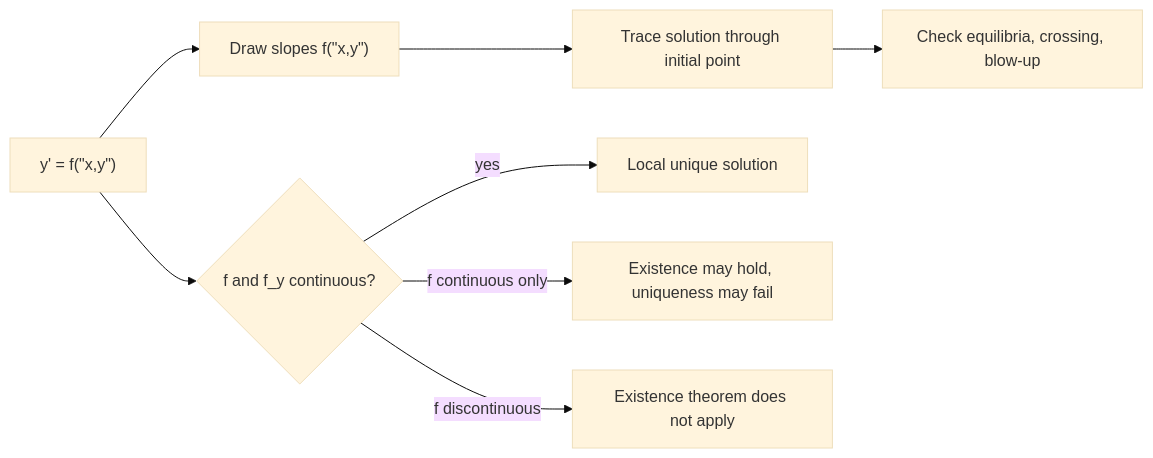
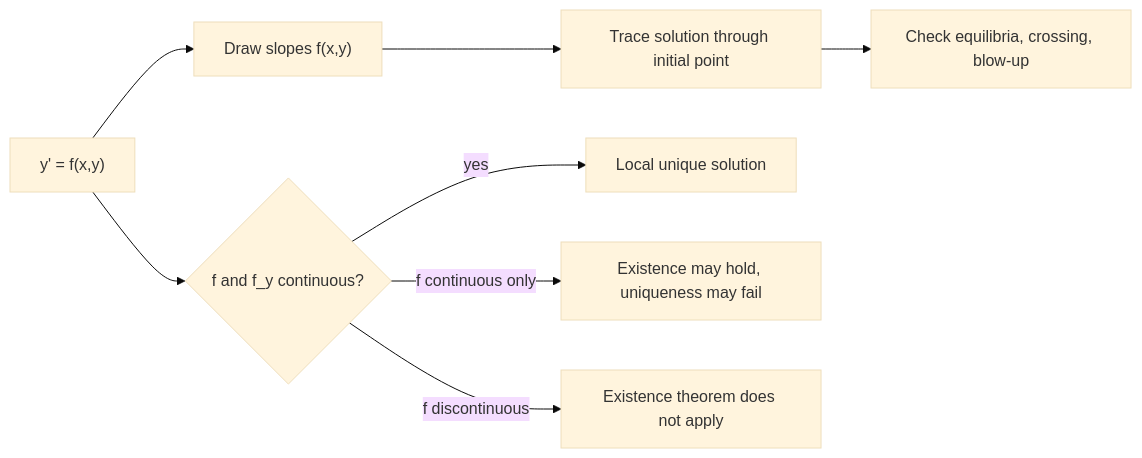
Before and after one commit to justinbrianhwang/SJ-wiki: the diagram in docs/math/engineering-math/direction-fields-and-existence.md, drawn with Mermaid (base theme). The commit also changed 83 other files, not shown here.

Commit message:
Fix Mermaid #quot; artifacts from broken sanitizer + add fix-mermaid-broken-quot.py tool (77 files repaired)

````diff
--- a/docs/math/engineering-math/direction-fields-and-existence.md
+++ b/docs/math/engineering-math/direction-fields-and-existence.md
@@ -79,10 +79,10 @@
 ```mermaid
 flowchart LR
-  A["y' = f(#quot;x,y#quot;)"] --> B["Draw slopes f(#quot;x,y#quot;)"]
+  A["y' = f(x,y)"] --> B["Draw slopes f(x,y)"]
   B --> C[Trace solution through initial point]
   A --> D{"f and f_y continuous?"}
   D -->|yes| E[Local unique solution]
   D -->|f continuous only| F["Existence may hold, uniqueness may fail"]
   D -->|f discontinuous| G[Existence theorem does not apply]
   C --> H["Check equilibria, crossing, blow-up"]
 ```
````
